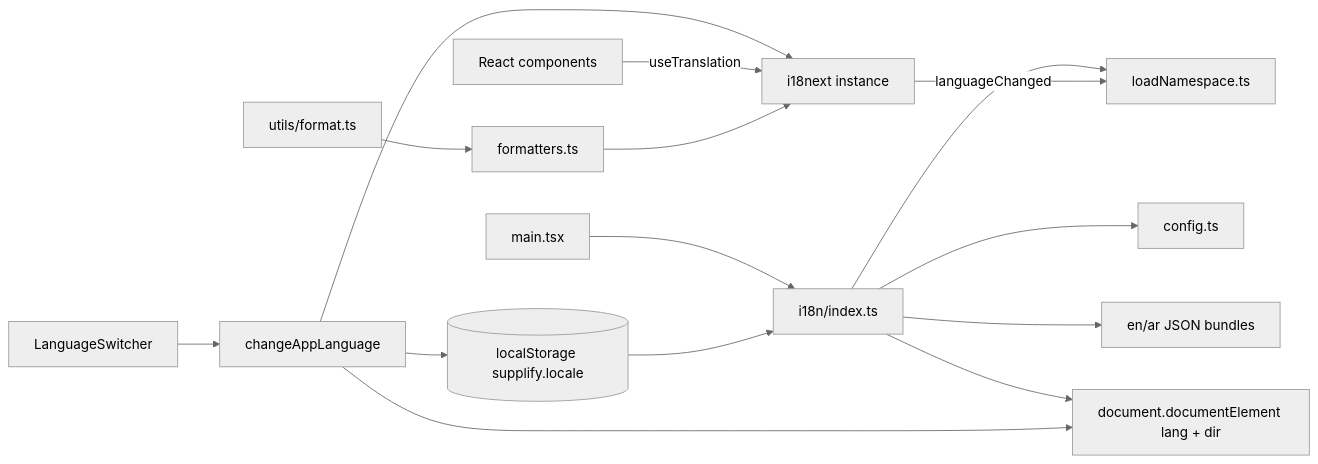
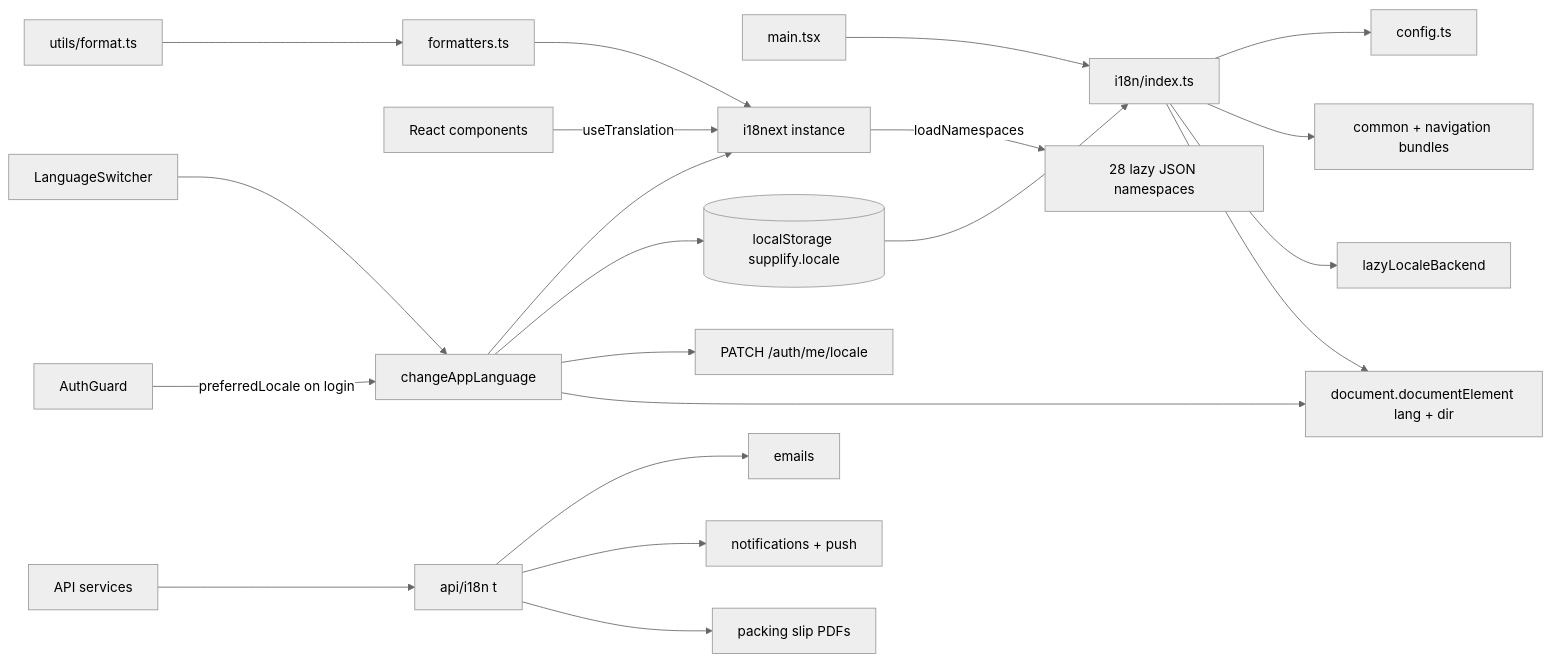
The diagram in docs/features/ARABIC_LOCALIZATION_I18N.md (ghadimdallaldev/supplify_erp), drawn with Mermaid (neutral theme) before and after one commit. The commit also changed other lines of this file and 124 other files, not shown here.

````diff
--- a/docs/features/ARABIC_LOCALIZATION_I18N.md
+++ b/docs/features/ARABIC_LOCALIZATION_I18N.md
@@ -23,17 +39,23 @@
 ```mermaid
 flowchart LR
   main[main.tsx] --> init[i18n/index.ts]
   init --> config[config.ts]
-  init --> bundles[en/ar JSON bundles]
-  init --> lazy[loadNamespace.ts]
+  init --> eager[common + navigation bundles]
+  init --> backend[lazyLocaleBackend]
   LS[(localStorage supplify.locale)] --> init
   init --> html["document.documentElement lang + dir"]
   Switcher[LanguageSwitcher] --> change[changeAppLanguage]
   change --> i18n[i18next instance]
   change --> LS
+  change --> api[PATCH /auth/me/locale]
   change --> html
-  i18n -->|languageChanged| lazy
+  i18n -->|loadNamespaces| lazy[28 lazy JSON namespaces]
   Components[React components] -->|useTranslation| i18n
+  AuthGuard -->|preferredLocale on login| change
   formatters[formatters.ts] --> i18n
   format[utils/format.ts] --> formatters
+  apiServer[API services] --> apiI18n[api/i18n t]
+  apiI18n --> emails[emails]
+  apiI18n --> notifications[notifications + push]
+  apiI18n --> pdfs[packing slip PDFs]
 ```
````
